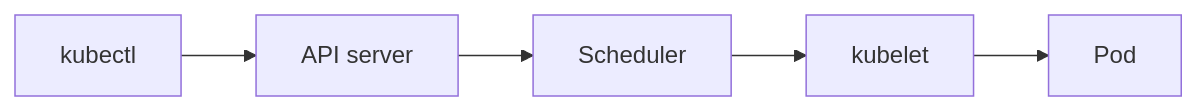
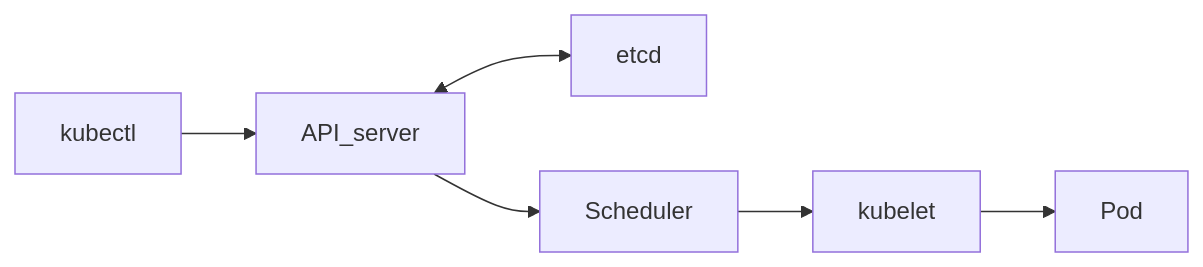
One commit to huponx/huponx.github.io changed the diagram in src/content/blog/vi/intro-kubernetes.md. Above: the diagram before and after it, drawn with Mermaid. The commit also changed other lines of this file and 9 other files, not shown here.

````diff
--- a/src/content/blog/vi/intro-kubernetes.md
+++ b/src/content/blog/vi/intro-kubernetes.md
@@ -32,7 +32,8 @@
 ```mermaid
 flowchart LR
-  kubectl[kubectl] --> api[API server]
+  kubectl[kubectl] --> api[API_server]
+  api <--> etcd[etcd]
   api --> sched[Scheduler]
   sched --> kubelet[kubelet]
   kubelet --> pod[Pod]
 ```
````
